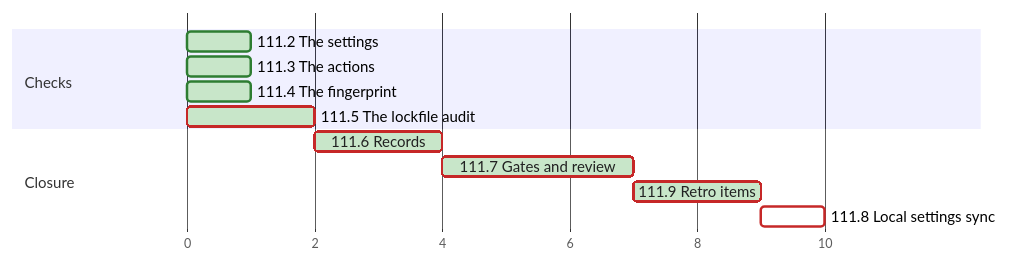
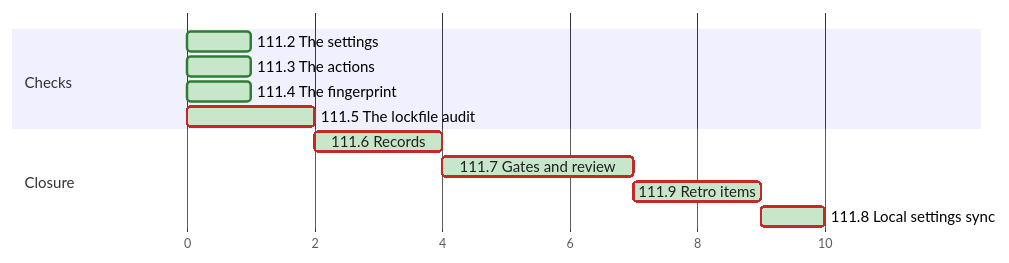
Before and after one commit to MatrixFounder/Agentic-development: the diagram in docs/PLAN.md, drawn with Mermaid. The commit also changed other lines of this file and 1 other file, not shown here.

Commit message:
docs(TASK 111): H1 local settings addendum, plan closed

````diff
--- a/docs/PLAN.md
+++ b/docs/PLAN.md
@@ -293,20 +293,20 @@
 ```mermaid
 %%{init: {"look": "classic", "themeVariables": {"doneTaskBkgColor": "#C8E6C9", "doneTaskBorderColor": "#2E7D32", "activeTaskBkgColor": "#FFF3C4", "activeTaskBorderColor": "#F9A825", "taskBkgColor": "#FFFFFF", "taskBorderColor": "#9E9E9E", "critBkgColor": "#FFFFFF", "critBorderColor": "#C62828", "taskTextColor": "#212121", "taskTextDarkColor": "#212121"}, "gantt": {"barHeight": 16, "barGap": 4, "topPadding": 50, "fontSize": 12, "sectionFontSize": 12, "numberSectionStyles": 2, "useWidth": 900, "leftPadding": 140, "rightPadding": 250}, "themeCSS": ".grid .tick line { stroke-opacity: 0.25; } .activeText0.taskTextOutsideRight, .activeText1.taskTextOutsideRight, .activeText2.taskTextOutsideRight, .activeText3.taskTextOutsideRight, .activeCritText0.taskTextOutsideRight, .activeCritText1.taskTextOutsideRight, .activeCritText2.taskTextOutsideRight, .activeCritText3.taskTextOutsideRight, .doneText0.taskTextOutsideRight, .doneText1.taskTextOutsideRight, .doneText2.taskTextOutsideRight, .doneText3.taskTextOutsideRight, .doneCritText0.taskTextOutsideRight, .doneCritText1.taskTextOutsideRight, .doneCritText2.taskTextOutsideRight, .doneCritText3.taskTextOutsideRight, .activeText0.taskTextOutsideLeft, .activeText1.taskTextOutsideLeft, .activeText2.taskTextOutsideLeft, .activeText3.taskTextOutsideLeft, .activeCritText0.taskTextOutsideLeft, .activeCritText1.taskTextOutsideLeft, .activeCritText2.taskTextOutsideLeft, .activeCritText3.taskTextOutsideLeft, .doneText0.taskTextOutsideLeft, .doneText1.taskTextOutsideLeft, .doneText2.taskTextOutsideLeft, .doneText3.taskTextOutsideLeft, .doneCritText0.taskTextOutsideLeft, .doneCritText1.taskTextOutsideLeft, .doneCritText2.taskTextOutsideLeft, .doneCritText3.taskTextOutsideLeft { fill: #ffffff !important; mix-blend-mode: difference; }"}}%%
 gantt
   accTitle: Plan chart
   accDescr: Each bar starts when its last dependency ends and lasts its estimate, the axis counts estimate hours from the start, not dates.
   dateFormat x
   axisFormat %Q
   tickInterval 2millisecond
   todayMarker off
   section Checks
     111.2 The settings:done, t111x2, 0, 1ms
     111.3 The actions:done, t111x3, 0, 1ms
     111.4 The fingerprint:done, t111x4, 0, 1ms
     111.5 The lockfile audit:done, crit, t111x5, 0, 2ms
   section Closure
     111.6 Records:done, crit, t111x6, 2, 2ms
     111.7 Gates and review:done, crit, t111x7, 4, 3ms
     111.9 Retro items:done, crit, t111x9, 7, 2ms
-    111.8 Local settings sync:crit, t111x8, 9, 1ms
+    111.8 Local settings sync:done, crit, t111x8, 9, 1ms
 ```
````
